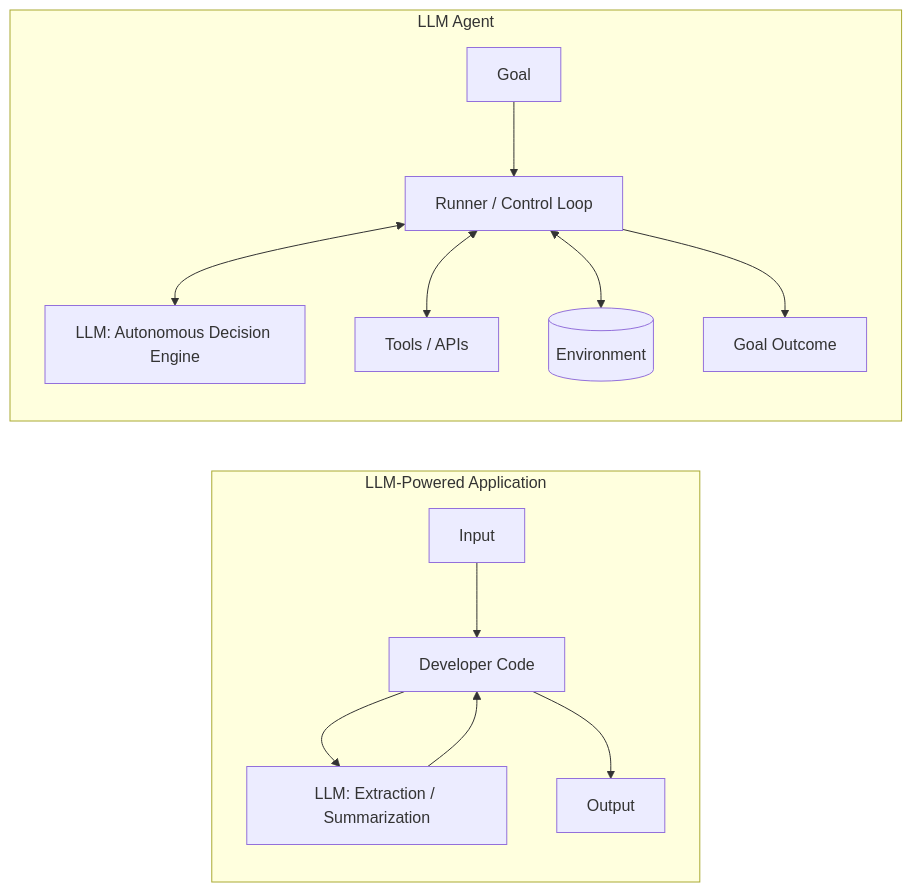
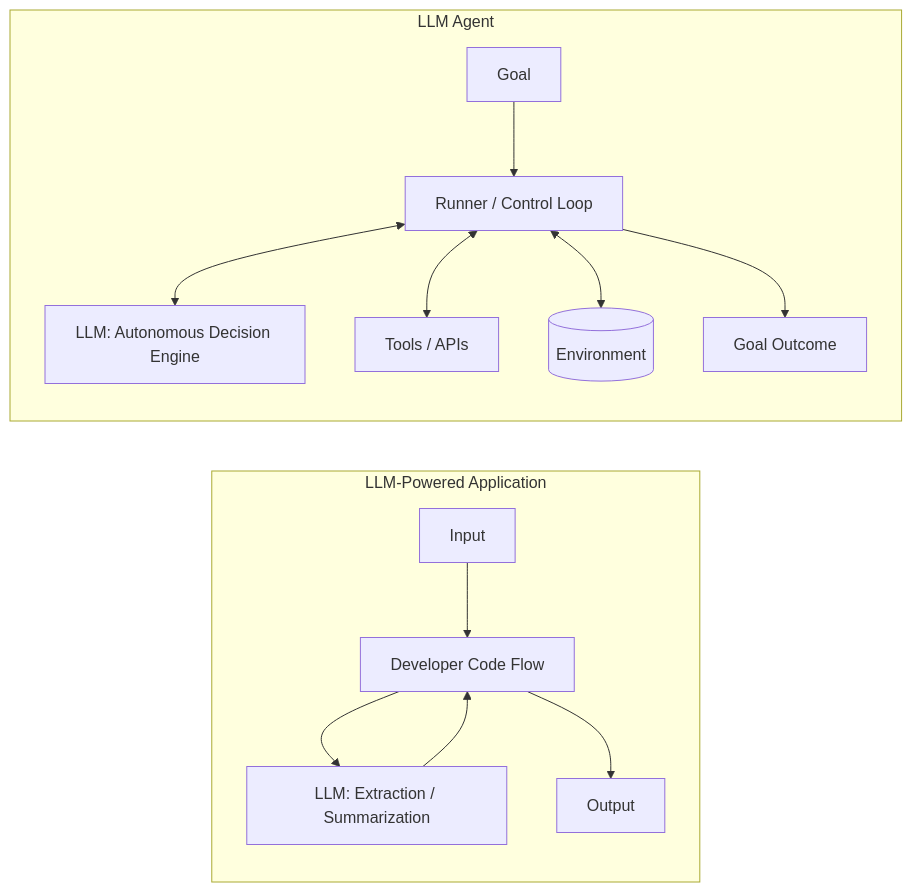
The second of 7 diagrams in module-01-agentic-ai-foundations/content/02-anatomy-of-an-agent-and-state.md (sivaskm/agentic-ai-engineering), drawn with Mermaid before and after one commit. The commit also changed other lines of this file, not shown here.

````diff
--- a/module-01-agentic-ai-foundations/content/02-anatomy-of-an-agent-and-state.md
+++ b/module-01-agentic-ai-foundations/content/02-anatomy-of-an-agent-and-state.md
@@ -62,17 +67,17 @@
 ```mermaid
 flowchart LR
     subgraph LLMApp ["LLM-Powered Application"]
-        In1[Input] --> Code1[Developer Code]
+        In1[Input] --> Code1[Developer Code Flow]
         Code1 --> LLM1[LLM: Extraction / Summarization]
         LLM1 --> Code1
         Code1 --> Out1[Output]
     end
 
     subgraph LLMAgent ["LLM Agent"]
         In2[Goal] --> Runner[Runner / Control Loop]
         Runner <--> Model[LLM: Autonomous Decision Engine]
         Runner <--> Tools[Tools / APIs]
         Runner <--> Env[(Environment)]
         Runner --> Out2[Goal Outcome]
     end
 ```
````
